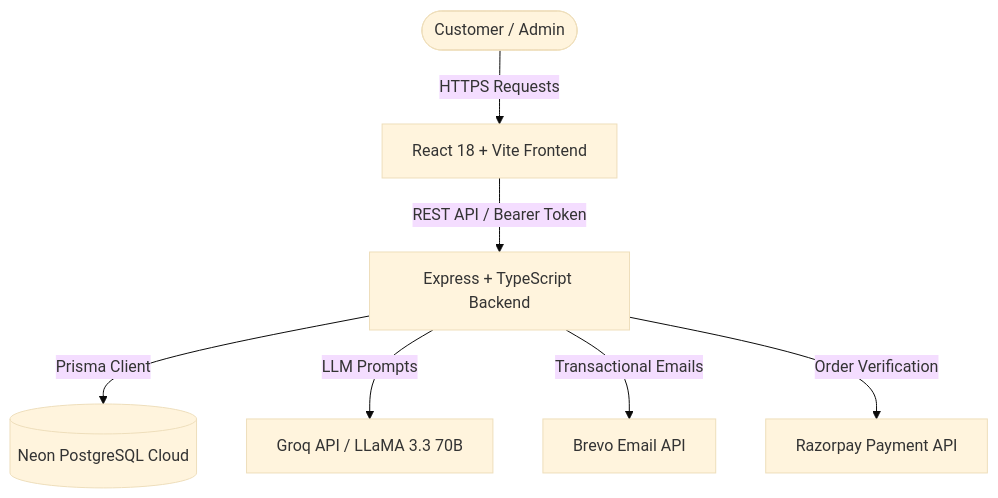
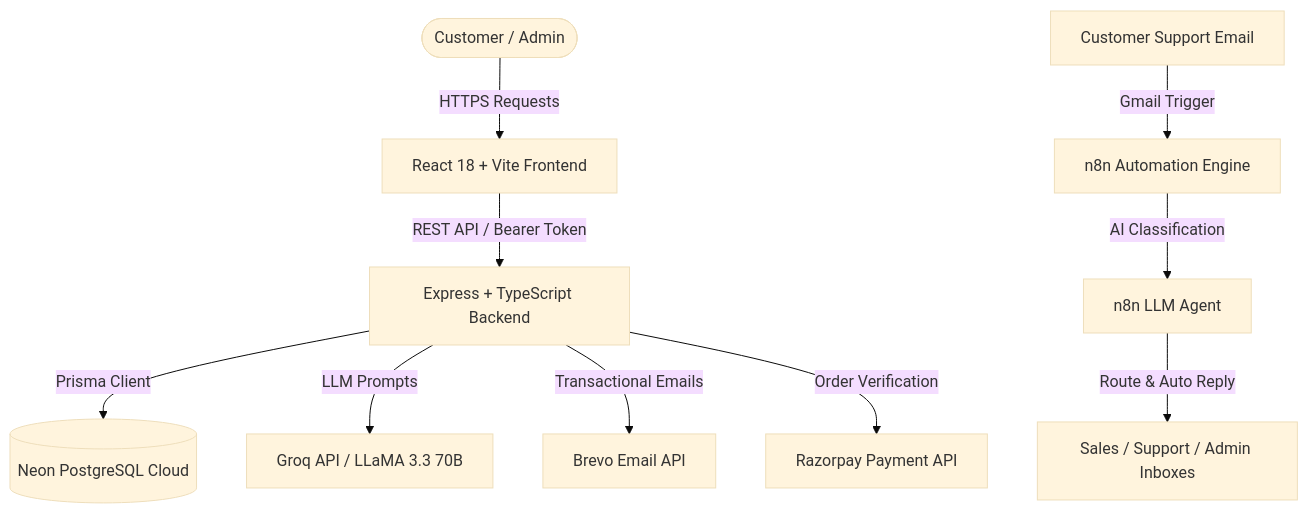
Before and after one commit to jainam308/motovra: the diagram in README.md, drawn with Mermaid (base theme). The commit also changed other lines of this file and 2 other files, not shown here.

````diff
--- a/README.md
+++ b/README.md
@@ -126,9 +130,12 @@
 ```mermaid
 graph TD
     User([Customer / Admin]) -->|HTTPS Requests| Frontend[React 18 + Vite Frontend]
     Frontend -->|REST API / Bearer Token| Backend[Express + TypeScript Backend]
     Backend -->|Prisma Client| DB[(Neon PostgreSQL Cloud)]
     Backend -->|LLM Prompts| AI[Groq API / LLaMA 3.3 70B]
     Backend -->|Transactional Emails| Brevo[Brevo Email API]
     Backend -->|Order Verification| Razorpay[Razorpay Payment API]
+    CustomerEmail[Customer Support Email] -->|Gmail Trigger| n8n[n8n Automation Engine]
+    n8n -->|AI Classification| n8nAI[n8n LLM Agent]
+    n8nAI -->|Route & Auto Reply| SupportTeams[Sales / Support / Admin Inboxes]
 ```
````
